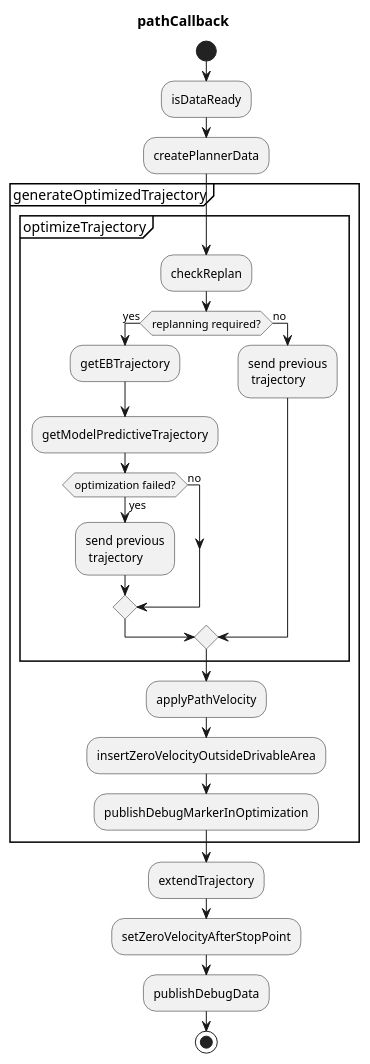
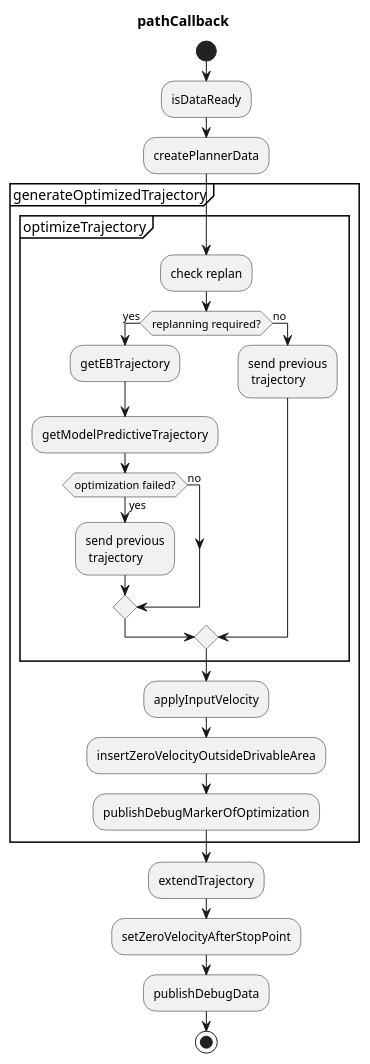
One commit to autowarefoundation/autoware.universe changed the diagram in planning/obstacle_avoidance_planner/README.md. Above: the diagram before and after it, drawn with PlantUML. The commit also changed other lines of this file and 21 other files, not shown here.

````diff
--- a/planning/obstacle_avoidance_planner/README.md
+++ b/planning/obstacle_avoidance_planner/README.md
@@ -36,39 +36,39 @@
 ```plantuml
 @startuml
 title pathCallback
 start
 
 :isDataReady;
 
 :createPlannerData;
 
 group generateOptimizedTrajectory
   group optimizeTrajectory
-    :checkReplan;
+    :check replan;
     if (replanning required?) then (yes)
       :getEBTrajectory;
       :getModelPredictiveTrajectory;
       if (optimization failed?) then (no)
       else (yes)
         :send previous\n trajectory;
       endif
     else (no)
       :send previous\n trajectory;
     endif
   end group
 
-  :applyPathVelocity;
+  :applyInputVelocity;
   :insertZeroVelocityOutsideDrivableArea;
-  :publishDebugMarkerInOptimization;
+  :publishDebugMarkerOfOptimization;
 end group
 
 
 :extendTrajectory;
 
 :setZeroVelocityAfterStopPoint;
 
 :publishDebugData;
 
 stop
 @enduml
 ```
````
